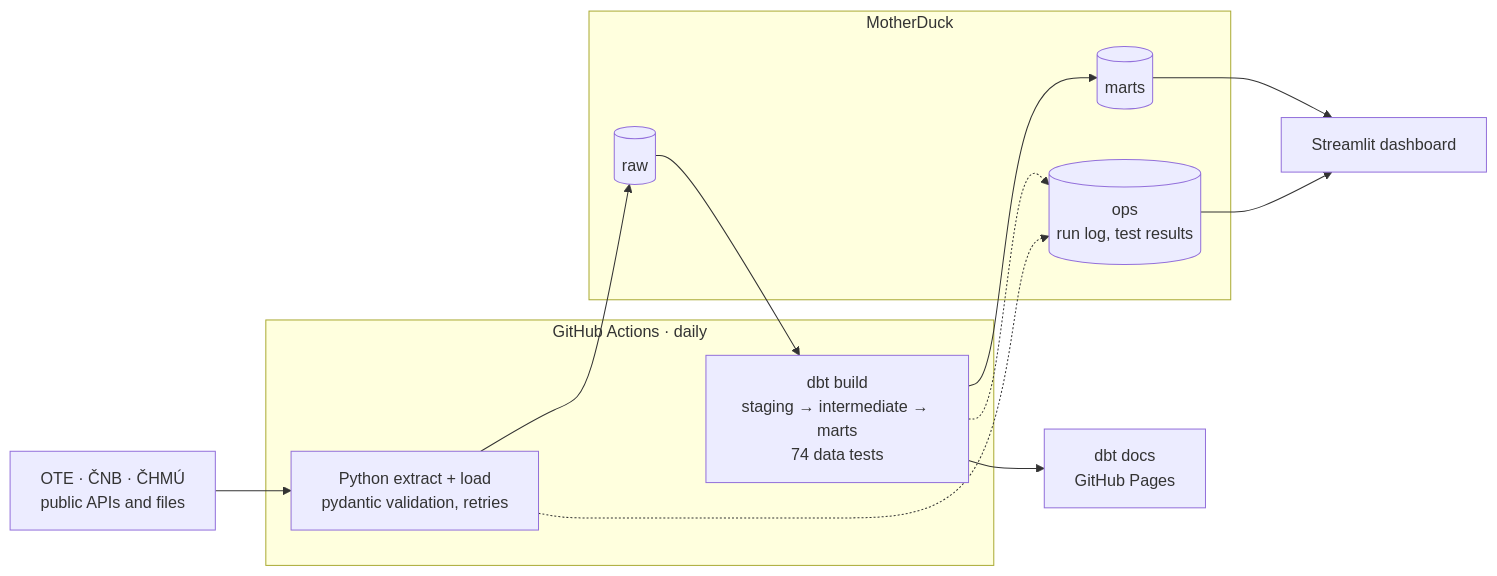
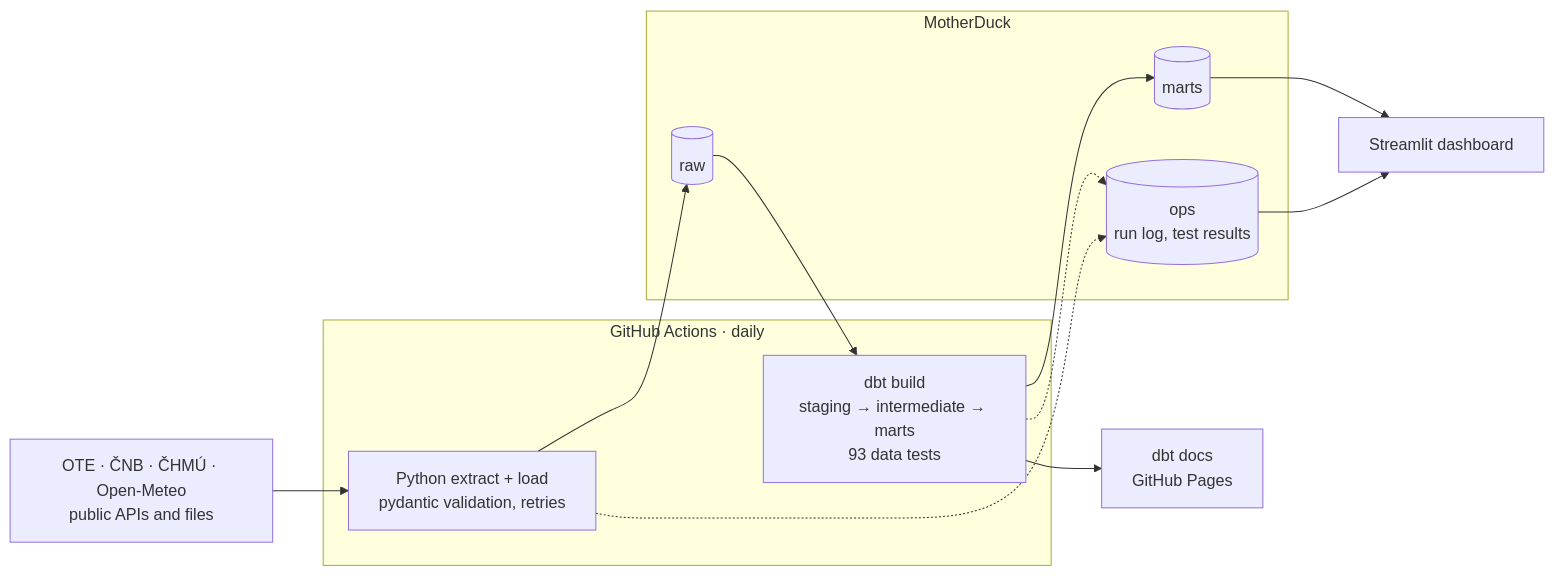
The diagram in README.md (maksympostoiuk/czech-energy-pipeline), drawn with Mermaid before and after one commit. The commit also changed other lines of this file and 18 other files, not shown here.

First line of the commit message:
feat: load Open-Meteo weather forecasts as issued

````diff
--- a/README.md
+++ b/README.md
@@ -28,21 +29,21 @@
 ```mermaid
 flowchart LR
-    SRC["OTE · ČNB · ČHMÚ<br/>public APIs and files"]
+    SRC["OTE · ČNB · ČHMÚ · Open-Meteo<br/>public APIs and files"]
 
     subgraph GHA["GitHub Actions · daily"]
         EL["Python extract + load<br/>pydantic validation, retries"]
-        DBT["dbt build<br/>staging → intermediate → marts<br/>74 data tests"]
+        DBT["dbt build<br/>staging → intermediate → marts<br/>93 data tests"]
     end
 
     subgraph MD["MotherDuck"]
         RAW[("raw")]
         MARTS[("marts")]
         OPS[("ops<br/>run log, test results")]
     end
 
     SRC --> EL --> RAW --> DBT --> MARTS --> APP["Streamlit dashboard"]
     EL -.-> OPS
     DBT -.-> OPS
     OPS --> APP
     DBT --> DOCS["dbt docs<br/>GitHub Pages"]
 ```
````
